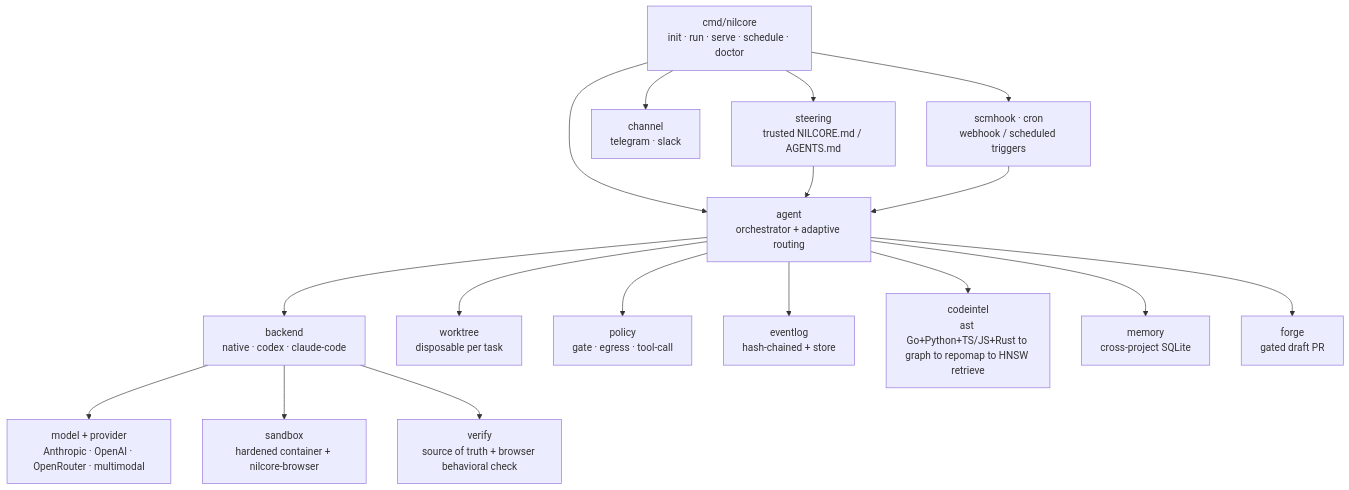
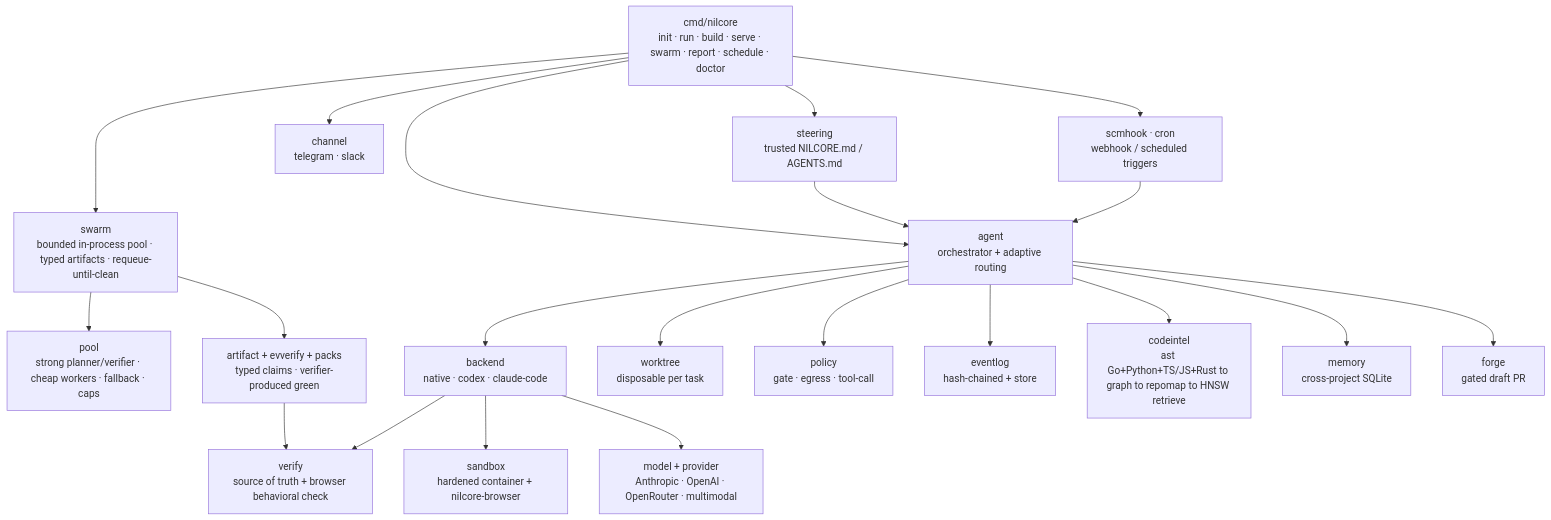
Before and after one commit to RNT56/NilCore: the second of 2 diagrams in README.md, drawn with Mermaid. The commit also changed other lines of this file and 3 other files, not shown here.

````diff
--- a/README.md
+++ b/README.md
@@ -235,19 +241,23 @@
 ```mermaid
 flowchart TD
-    CLI[cmd/nilcore<br/>init · run · serve · schedule · doctor] --> AGENT[agent<br/>orchestrator + adaptive routing]
+    CLI[cmd/nilcore<br/>init · run · build · serve · swarm · report · schedule · doctor] --> AGENT[agent<br/>orchestrator + adaptive routing]
     CLI --> STEER[steering<br/>trusted NILCORE.md / AGENTS.md]
     STEER --> AGENT
+    CLI --> SWARM[swarm<br/>bounded in-process pool · typed artifacts · requeue-until-clean]
+    SWARM --> POOL[pool<br/>strong planner/verifier · cheap workers · fallback · caps]
+    SWARM --> ARTIFACT[artifact + evverify + packs<br/>typed claims · verifier-produced green]
+    ARTIFACT --> VERIFY
     AGENT --> BK[backend<br/>native · codex · claude-code]
     AGENT --> WT[worktree<br/>disposable per task]
     BK --> MODEL[model + provider<br/>Anthropic · OpenAI · OpenRouter · multimodal]
     BK --> SANDBOX[sandbox<br/>hardened container + nilcore-browser]
     BK --> VERIFY[verify<br/>source of truth + browser behavioral check]
     AGENT --> POLICY[policy<br/>gate · egress · tool-call]
     AGENT --> LOG[eventlog<br/>hash-chained + store]
     AGENT --> CI[codeintel<br/>ast Go+Python+TS/JS+Rust to graph to repomap to HNSW retrieve]
     AGENT --> MEM[memory<br/>cross-project SQLite]
     CLI --> CHAN[channel<br/>telegram · slack]
     CLI --> TRIG[scmhook · cron<br/>webhook / scheduled triggers]
     TRIG --> AGENT
     AGENT --> FORGE[forge<br/>gated draft PR]
 ```
````
